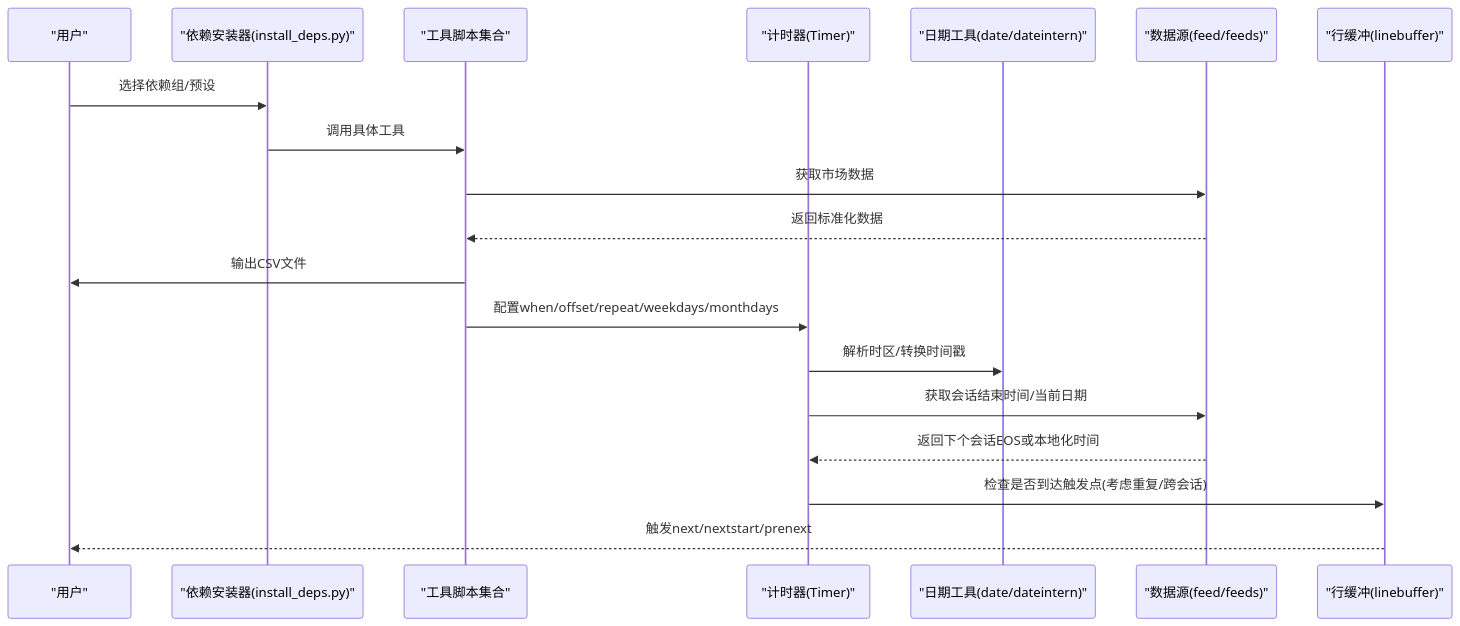
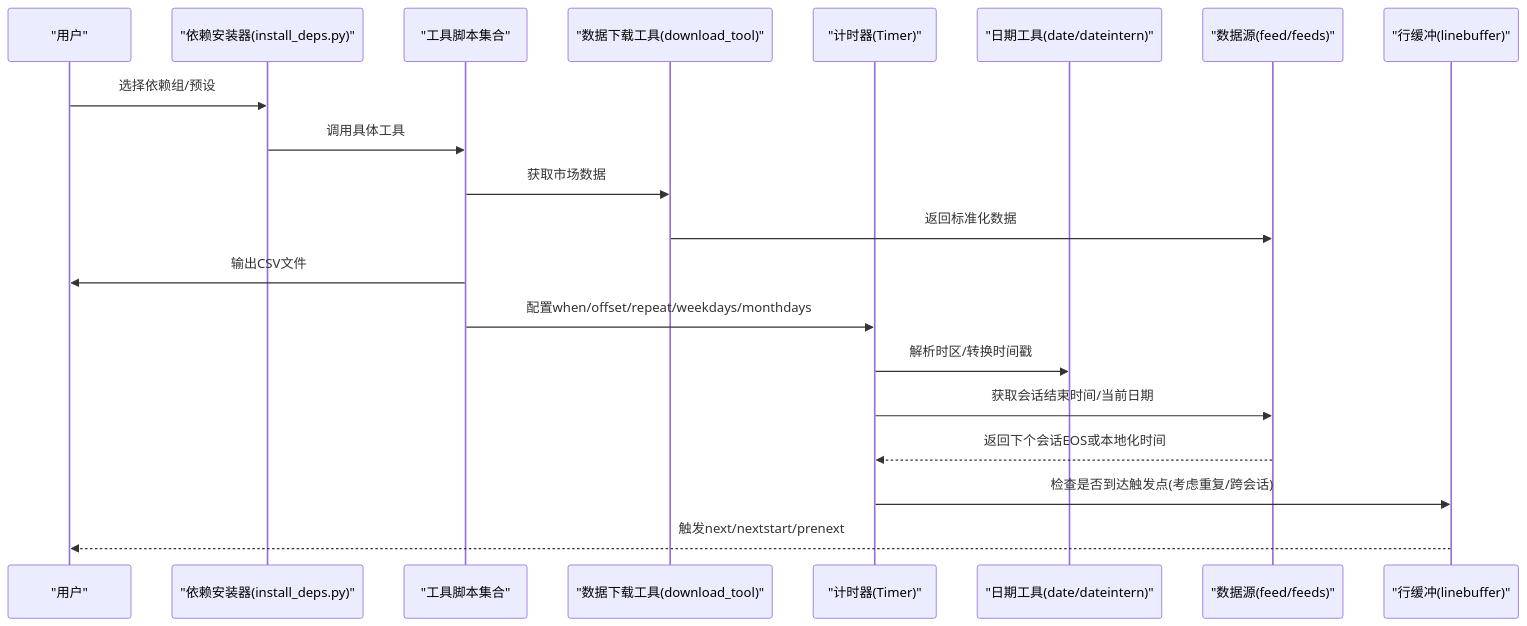
The second of 12 diagrams in .qoder/repowiki/zh/content/工具函数与实用程序/工具函数与实用程序.md (bench-prog/backtrader), drawn with Mermaid before and after one commit. The commit also changed other lines of this file and 40 other files, not shown here.

````diff
--- a/.qoder/repowiki/zh/content/工具函数与实用程序/工具函数与实用程序.md
+++ b/.qoder/repowiki/zh/content/工具函数与实用程序/工具函数与实用程序.md
@@ -176,21 +188,22 @@
 ```mermaid
 sequenceDiagram
 participant User as "用户"
 participant Installer as "依赖安装器(install_deps.py)"
 participant Tools as "工具脚本集合"
+participant DownloadTool as "数据下载工具(download_tool)"
 participant Timer as "计时器(Timer)"
 participant Utils as "日期工具(date/dateintern)"
 participant Feed as "数据源(feed/feeds)"
 participant LB as "行缓冲(linebuffer)"
 User->>Installer : 选择依赖组/预设
 Installer->>Tools : 调用具体工具
-Tools->>Feed : 获取市场数据
-Feed-->>Tools : 返回标准化数据
+Tools->>DownloadTool : 获取市场数据
+DownloadTool->>Feed : 返回标准化数据
 Tools->>User : 输出CSV文件
 Tools->>Timer : 配置when/offset/repeat/weekdays/monthdays
 Timer->>Utils : 解析时区/转换时间戳
 Timer->>Feed : 获取会话结束时间/当前日期
 Feed-->>Timer : 返回下个会话EOS或本地化时间
 Timer->>LB : 检查是否到达触发点(考虑重复/跨会话)
 LB-->>User : 触发next/nextstart/prenext
 ```
````
